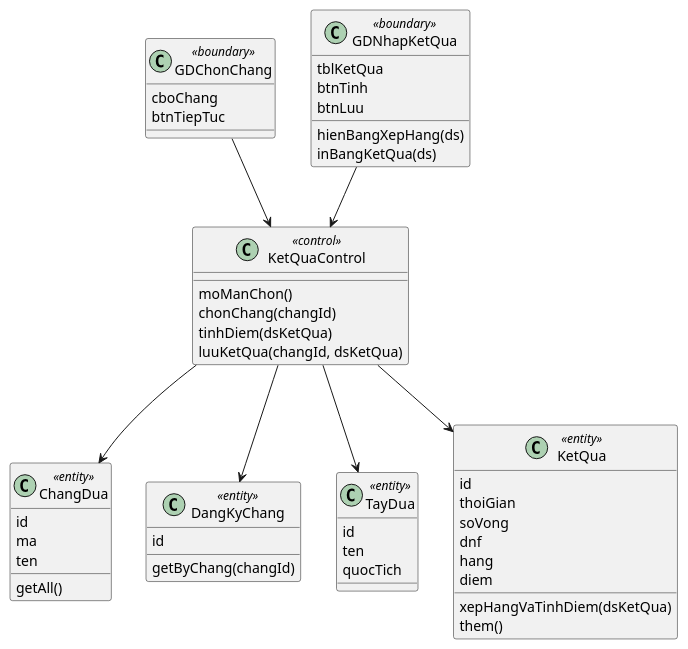
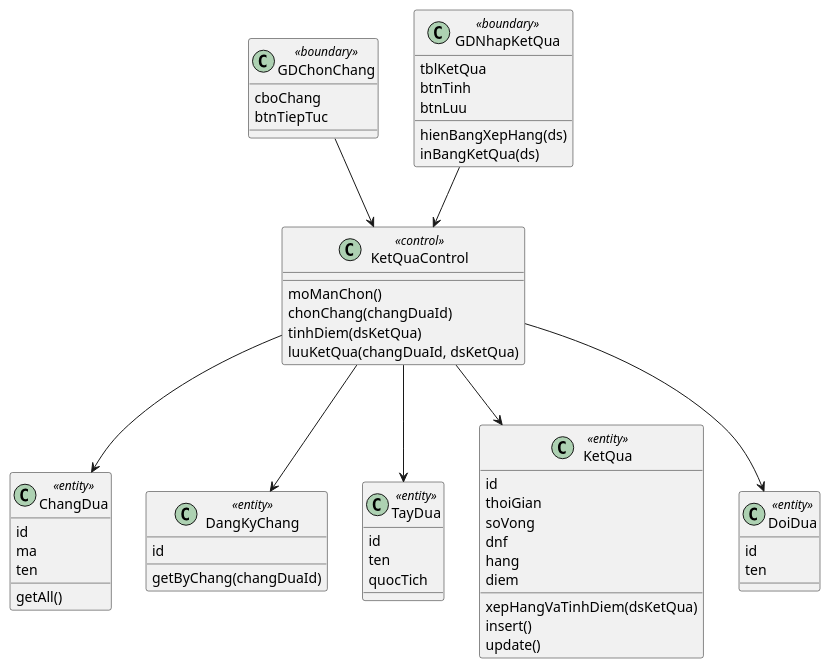
One commit to 7gho/CNPM-He2026 changed the third of 5 diagrams in Module 3 - Kiet/noi-dung.md. Above: the diagram before and after it, drawn with PlantUML. The commit also changed other lines of this file and 9 other files, not shown here.

Commit message:
System-wide consistency + completeness pass (audit-driven): add ThanhVien entity, mua giai/tham gia UCs, restore M1 auto-close, English DAO naming, fix M4 KetQua joins

````diff
--- a/Module 3 - Kiet/noi-dung.md
+++ b/Module 3 - Kiet/noi-dung.md
@@ -83,52 +83,58 @@
 ```plantuml
 @startuml
 class GDChonChang <<boundary>> {
   cboChang
   btnTiepTuc
 }
 class GDNhapKetQua <<boundary>> {
   tblKetQua
   btnTinh
   btnLuu
   hienBangXepHang(ds)
   inBangKetQua(ds)
 }
 class KetQuaControl <<control>> {
   moManChon()
-  chonChang(changId)
+  chonChang(changDuaId)
   tinhDiem(dsKetQua)
-  luuKetQua(changId, dsKetQua)
+  luuKetQua(changDuaId, dsKetQua)
 }
 class ChangDua <<entity>> {
   id
   ma
   ten
   getAll()
 }
 class DangKyChang <<entity>> {
   id
-  getByChang(changId)
+  getByChang(changDuaId)
 }
 class TayDua <<entity>> {
   id
   ten
   quocTich
 }
 class KetQua <<entity>> {
   id
   thoiGian
   soVong
   dnf
   hang
   diem
   xepHangVaTinhDiem(dsKetQua)
-  them()
+  insert()
+  update()
+}
+class DoiDua <<entity>> {
+  id
+  ten
 }
 GDChonChang --> KetQuaControl
 GDNhapKetQua --> KetQuaControl
 KetQuaControl --> ChangDua
 KetQuaControl --> DangKyChang
 KetQuaControl --> TayDua
+KetQuaControl --> DoiDua
 KetQuaControl --> KetQua
 @enduml
 ```
````
